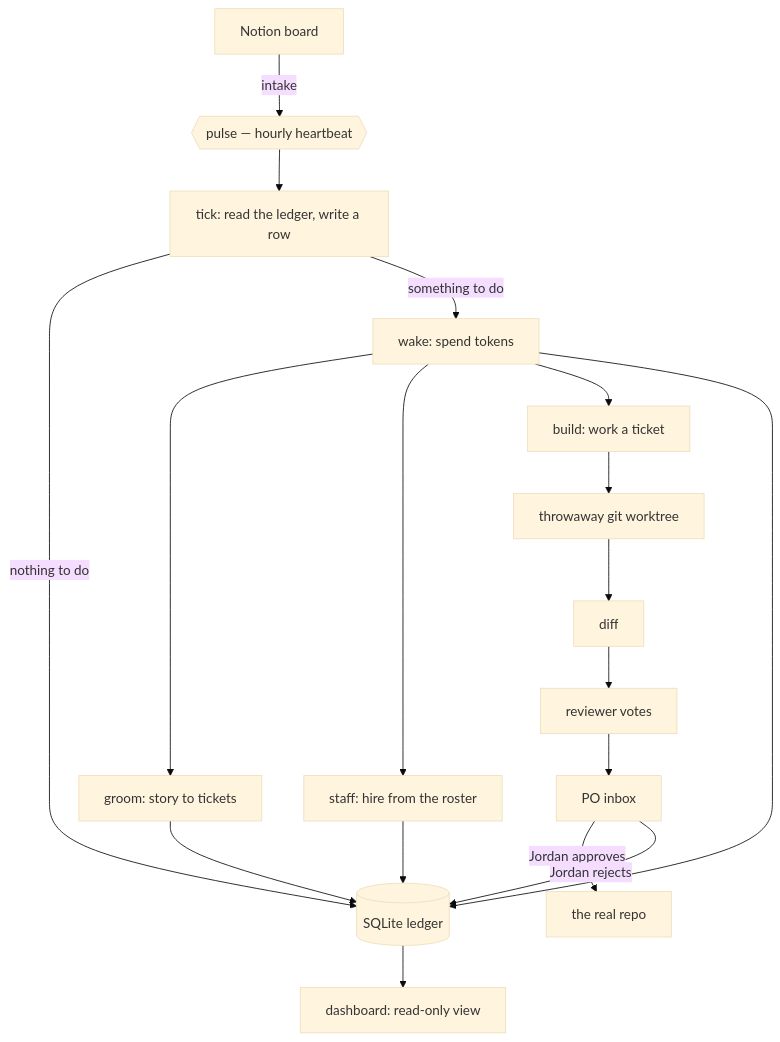
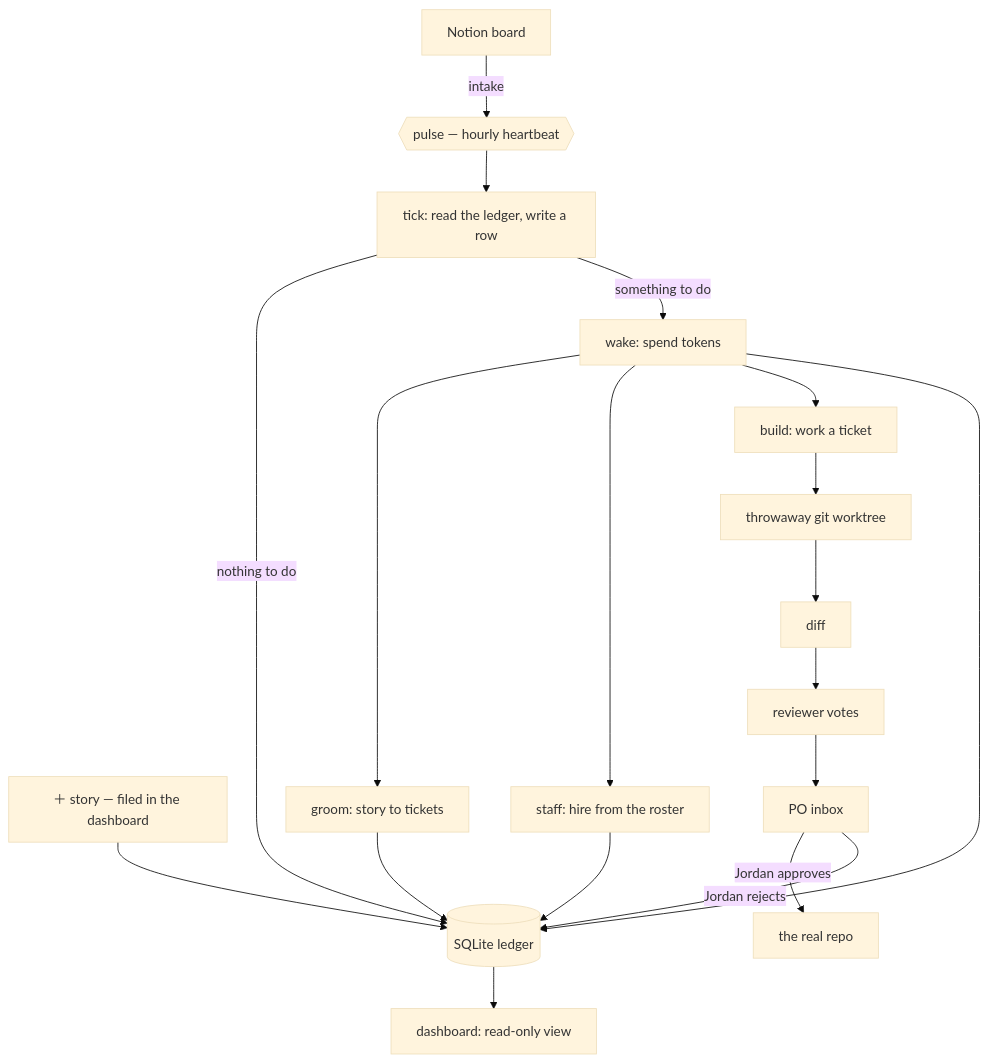
One commit to GoodTimesPM/colony-dash changed the diagram in README.md. Above: the diagram before and after it, drawn with Mermaid (base theme). The commit also changed other lines of this file and 19 other files, not shown here.

First line of the commit message:
Add the story button, and serve the dashboard to a phone

````diff
--- a/README.md
+++ b/README.md
@@ -26,23 +26,24 @@
 ```mermaid
 flowchart TD
     N[Notion board] -->|intake| P
+    F["＋ story — filed in the dashboard"] --> L
     P{{"pulse — hourly heartbeat"}} --> T[tick: read the ledger, write a row]
     T -->|nothing to do| L[(SQLite ledger)]
     T -->|something to do| W[wake: spend tokens]
 
     W --> G[groom: story to tickets]
     W --> S[staff: hire from the roster]
     W --> B[build: work a ticket]
 
     B --> WT[throwaway git worktree]
     WT --> D[diff]
     D --> R[reviewer votes]
     R --> I[PO inbox]
     I -->|Jordan approves| REPO[the real repo]
     I -->|Jordan rejects| L
 
     G --> L
     S --> L
     W --> L
     L --> DASH[dashboard: read-only view]
 ```
````
